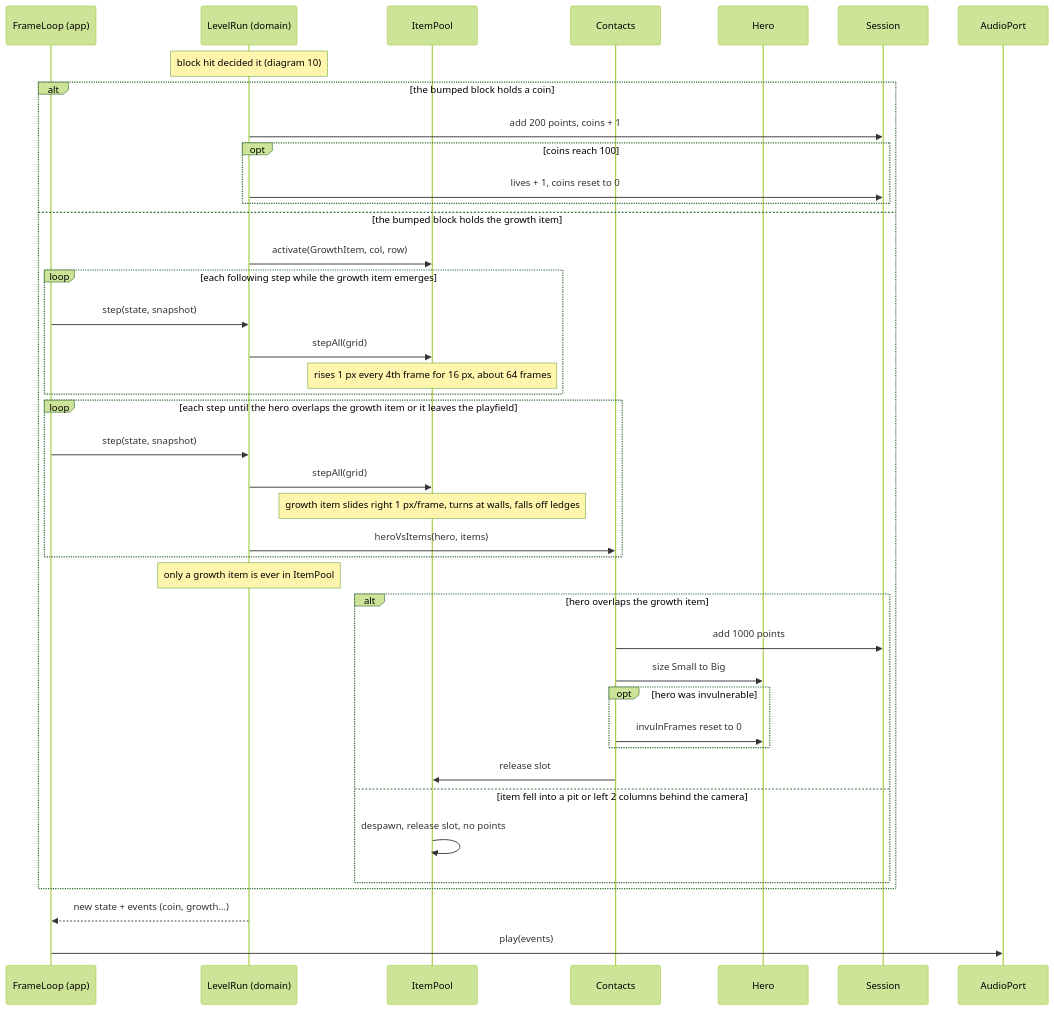
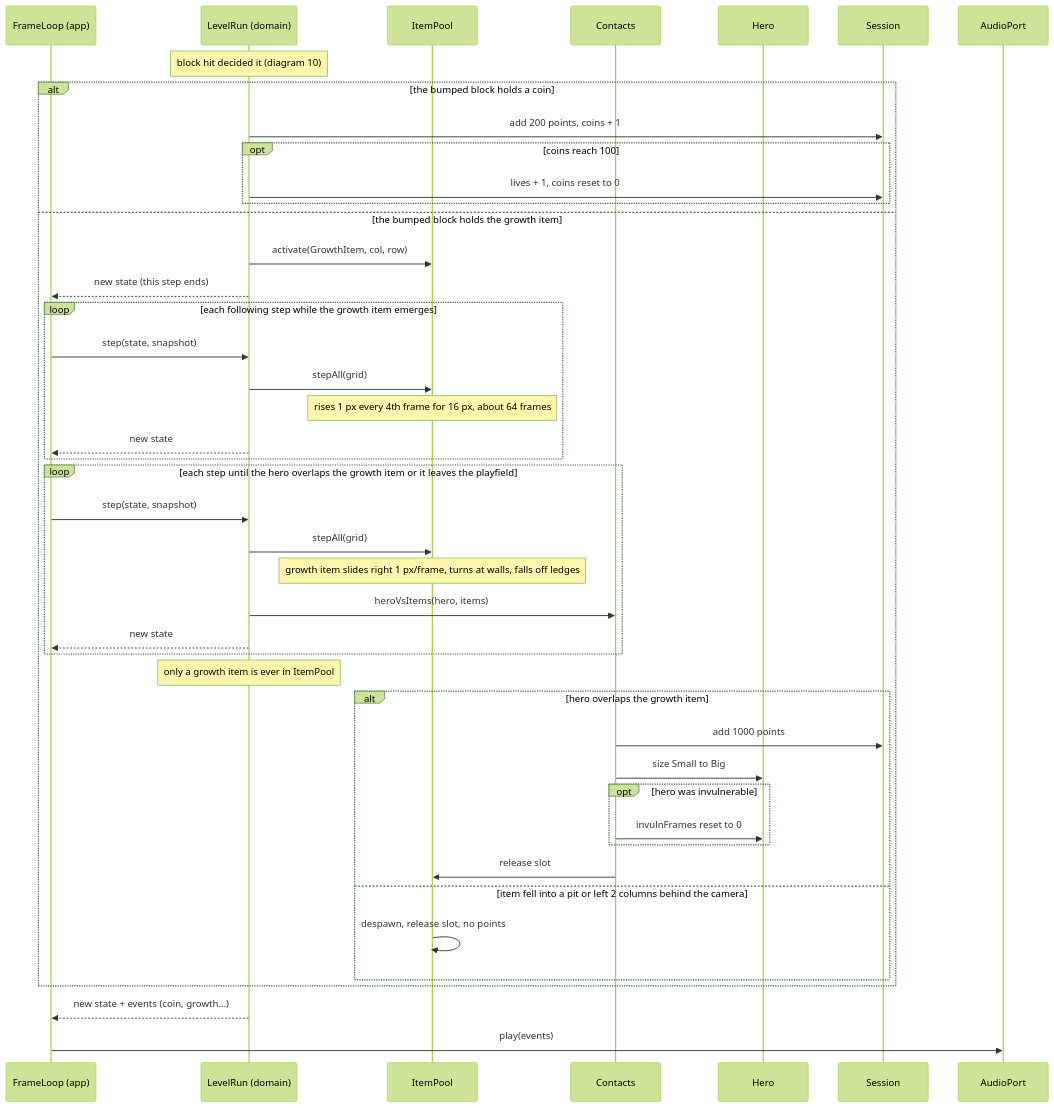
Before and after one commit to benoit-bremaud/retro-plumber: the diagram in docs/architecture/diagrams/gameplay/11-sequence-item-pickup.md, drawn with Mermaid (forest theme). The commit also changed 3 other files, not shown here.

Commit message:
docs(uml): address tenth Codex review on sequences 11-14 (#7)

````diff
--- a/docs/architecture/diagrams/gameplay/11-sequence-item-pickup.md
+++ b/docs/architecture/diagrams/gameplay/11-sequence-item-pickup.md
@@ -13,43 +13,46 @@
 ```mermaid
 sequenceDiagram
     participant FL as FrameLoop (app)
     participant LR as LevelRun (domain)
     participant IP as ItemPool
     participant Ct as Contacts
     participant H as Hero
     participant Sess as Session
     participant Snd as AudioPort
     Note over LR: block hit decided it (diagram 10)
     alt the bumped block holds a coin
         LR->>Sess: add 200 points, coins + 1
         opt coins reach 100
             LR->>Sess: lives + 1, coins reset to 0
         end
     else the bumped block holds the growth item
         LR->>IP: activate(GrowthItem, col, row)
+        LR-->>FL: new state (this step ends)
         loop each following step while the growth item emerges
             FL->>LR: step(state, snapshot)
             LR->>IP: stepAll(grid)
             Note over IP: rises 1 px every 4th frame for 16 px, about 64 frames
+            LR-->>FL: new state
         end
         loop each step until the hero overlaps the growth item or it leaves the playfield
             FL->>LR: step(state, snapshot)
             LR->>IP: stepAll(grid)
             Note over IP: growth item slides right 1 px/frame, turns at walls, falls off ledges
             LR->>Ct: heroVsItems(hero, items)
+            LR-->>FL: new state
         end
         Note over LR: only a growth item is ever in ItemPool
         alt hero overlaps the growth item
             Ct->>Sess: add 1000 points
             Ct->>H: size Small to Big
             opt hero was invulnerable
                 Ct->>H: invulnFrames reset to 0
             end
             Ct->>IP: release slot
         else item fell into a pit or left 2 columns behind the camera
             IP->>IP: despawn, release slot, no points
         end
     end
     LR-->>FL: new state + events (coin, growth...)
     FL->>Snd: play(events)
 ```
````
